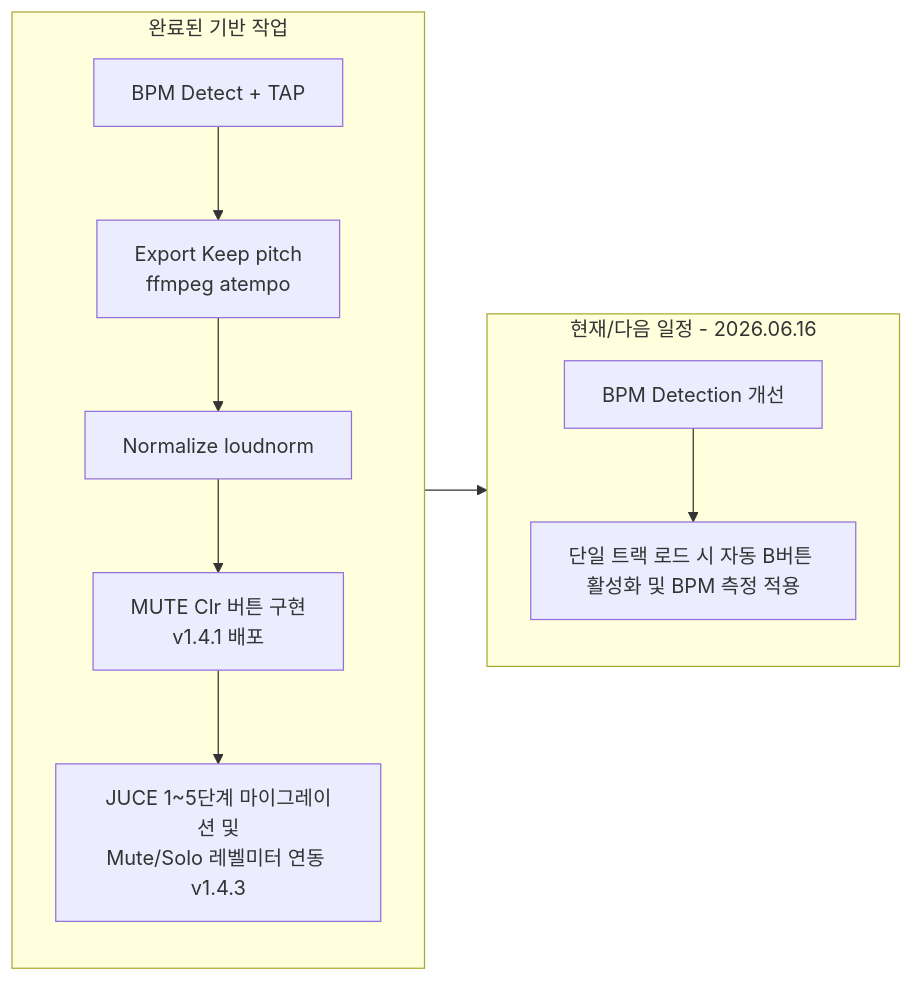
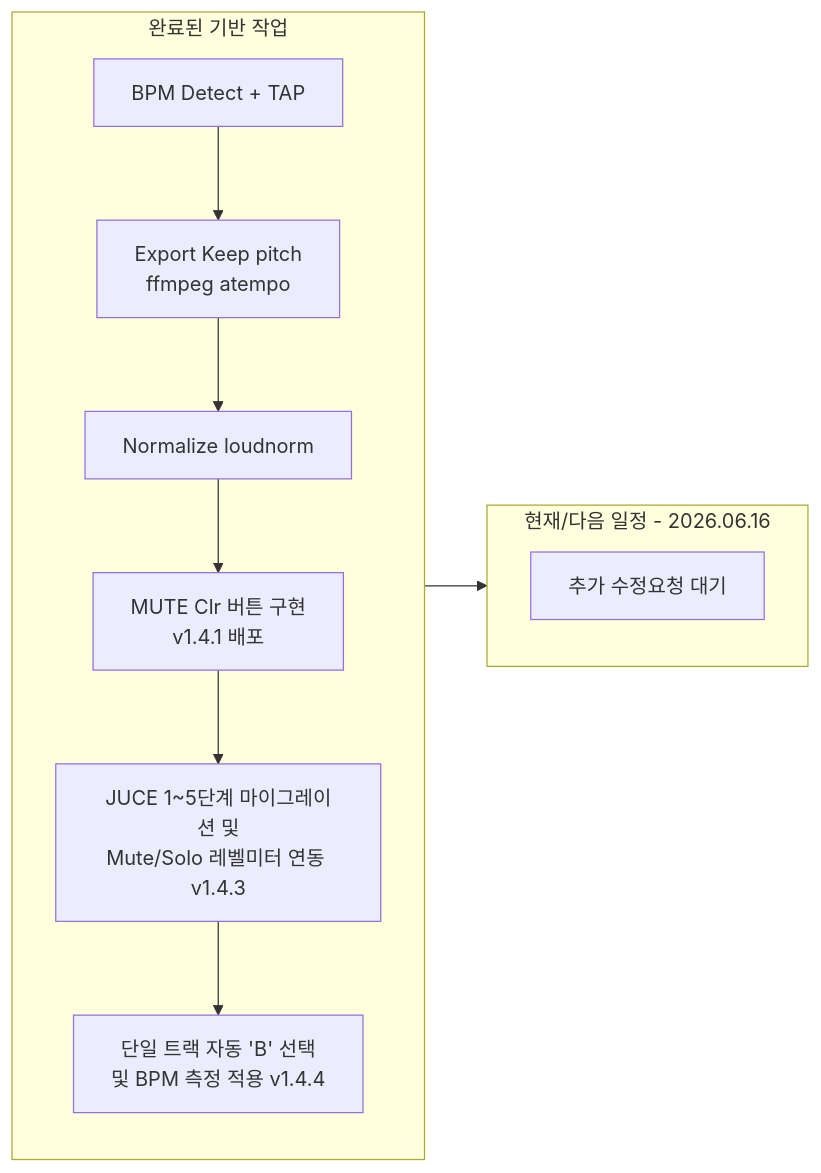
Before and after one commit to limsunglyong/FocusDAW-Studio: the second of 5 diagrams in 개발-프로세스.md, drawn with Mermaid. The commit also changed other lines of this file and 10 other files, not shown here.

````diff
--- a/개발-프로세스.md
+++ b/개발-프로세스.md
@@ -68,19 +70,18 @@
 ```mermaid
 flowchart LR
     subgraph DONE [완료된 기반 작업]
         A0[BPM Detect + TAP]
         A1[Export Keep pitch<br/>ffmpeg atempo]
         A2[Normalize loudnorm]
         A3[MUTE Clr 버튼 구현<br/>v1.4.1 배포]
         A4[JUCE 1~5단계 마이그레이션 및<br/>Mute/Solo 레벨미터 연동 v1.4.3]
-        A0 --> A1 --> A2 --> A3 --> A4
+        A5[단일 트랙 자동 'B' 선택<br/>및 BPM 측정 적용 v1.4.4]
+        A0 --> A1 --> A2 --> A3 --> A4 --> A5
     end
 
     subgraph NOW [현재/다음 일정 - 2026.06.16]
-        B0[BPM Detection 개선]
-        B1[단일 트랙 로드 시 자동 B버튼 활성화 및 BPM 측정 적용]
-        B0 --> B1
+        B0[추가 수정요청 대기]
     end
 
     DONE --> NOW
 ```
````
